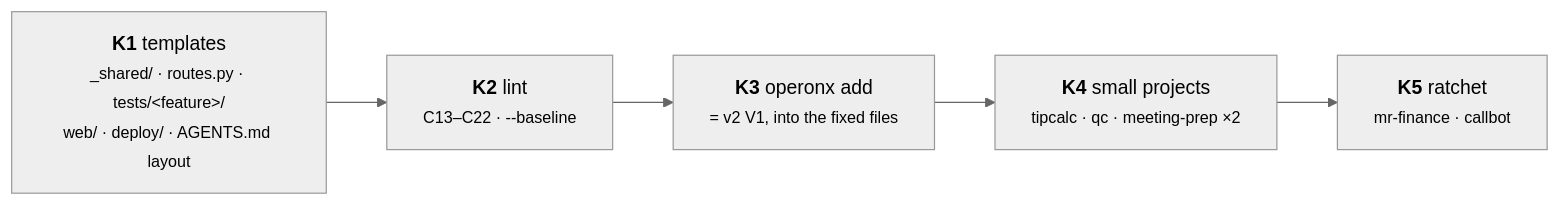
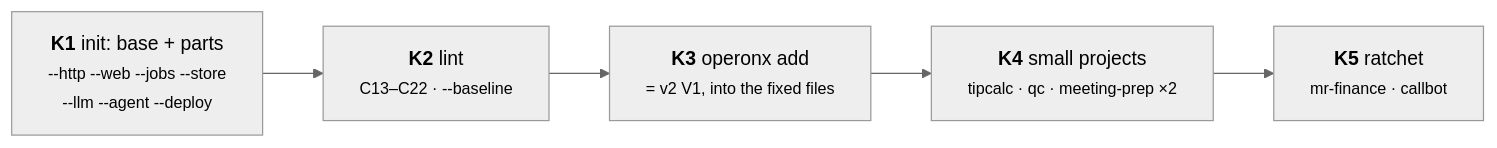
Before and after one commit to batman1m2001-cyber/Operonx: the third of 3 diagrams in docs/PROJECT_CONVENTION.md, drawn with Mermaid (neutral theme). The commit also changed other lines of this file and 1 other file, not shown here.

````diff
--- a/docs/PROJECT_CONVENTION.md
+++ b/docs/PROJECT_CONVENTION.md
@@ -147,7 +168,7 @@
 ```mermaid
 flowchart LR
-  K1["<b>K1</b> templates<br/><small>_shared/ · routes.py · tests/&lt;feature&gt;/<br/>web/ · deploy/ · AGENTS.md layout</small>"] --> K2["<b>K2</b> lint<br/><small>C13–C22 · --baseline</small>"]
+  K1["<b>K1</b> init: base + parts<br/><small>--http --web --jobs --store<br/>--llm --agent --deploy</small>"] --> K2["<b>K2</b> lint<br/><small>C13–C22 · --baseline</small>"]
   K2 --> K3["<b>K3</b> operonx add<br/><small>= v2 V1, into the fixed files</small>"]
   K3 --> K4["<b>K4</b> small projects<br/><small>tipcalc · qc · meeting-prep ×2</small>"]
   K4 --> K5["<b>K5</b> ratchet<br/><small>mr-finance · callbot</small>"]
 ```
````
